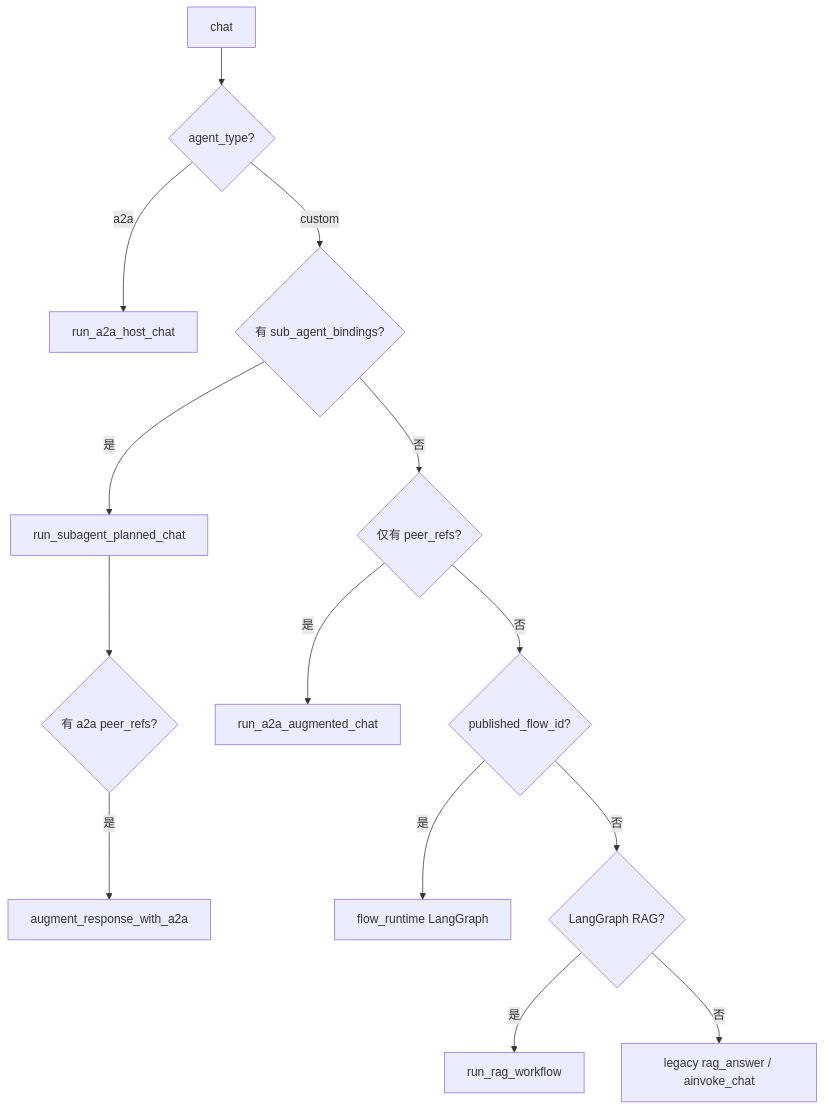
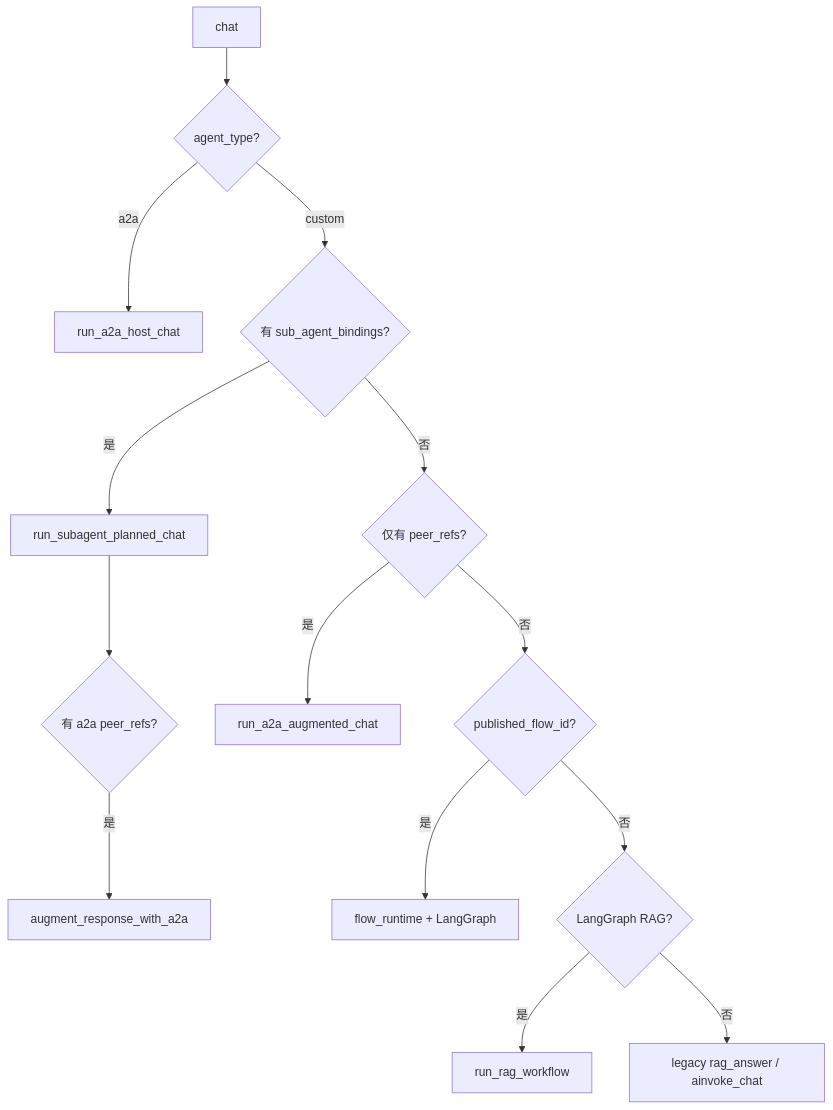
One commit to miles-ai-saas/MilesAi changed the third of 3 diagrams in docs/architecture/technical-design.md. Above: the diagram before and after it, drawn with Mermaid. The commit also changed other lines of this file and 16 other files, not shown here.

First line of the commit message:
refactor(flow_runtime): 移除 external_flow_id，完善知识库删除编排

````diff
--- a/docs/architecture/technical-design.md
+++ b/docs/architecture/technical-design.md
@@ -442,16 +443,16 @@
 ```mermaid
 flowchart TD
     START[chat] --> TYPE{agent_type?}
     TYPE -->|a2a| HOST[run_a2a_host_chat]
     TYPE -->|custom| SUB{有 sub_agent_bindings?}
     SUB -->|是| DEEP[run_subagent_planned_chat]
     DEEP --> A2A1{有 a2a peer_refs?}
     A2A1 -->|是| AUG[augment_response_with_a2a]
     SUB -->|否| PEER{仅有 peer_refs?}
     PEER -->|是| AUGCHAT[run_a2a_augmented_chat]
     PEER -->|否| FLOW{published_flow_id?}
-    FLOW -->|是| FR[flow_runtime LangGraph]
+    FLOW -->|是| FR[flow_runtime + LangGraph]
     FLOW -->|否| RAG{LangGraph RAG?}
     RAG -->|是| LGR[run_rag_workflow]
     RAG -->|否| LIN[legacy rag_answer / ainvoke_chat]
 ```
````
